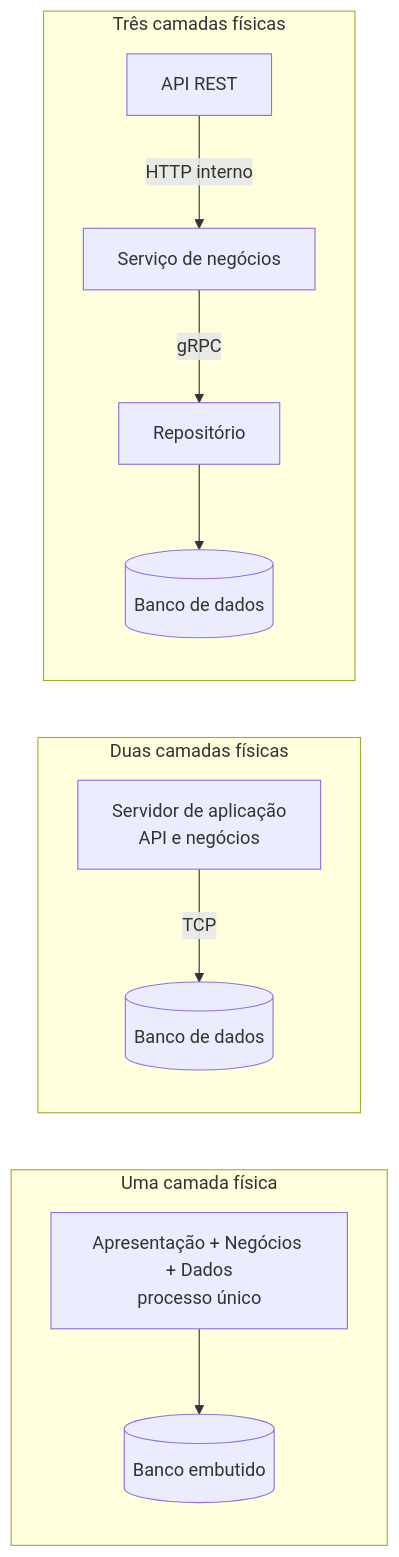
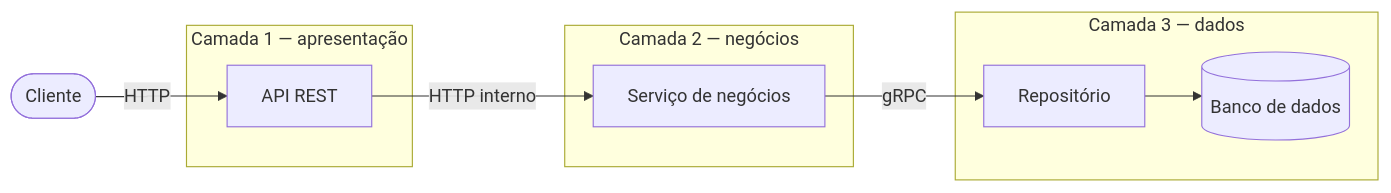
One commit to marco-mendes/arquitetura-software changed the ninth of 16 diagrams in docs/modulo-1-visao-geral/padroes-e-decisoes.md. Above: the diagram before and after it, drawn with Mermaid. The commit also changed other lines of this file and 3 other files, not shown here.

First line of the commit message:
docs: adiciona monólito modular, aplica estilo Manhattan e elimina diagramas lado a lado

````diff
--- a/docs/modulo-1-visao-geral/padroes-e-decisoes.md
+++ b/docs/modulo-1-visao-geral/padroes-e-decisoes.md
@@ -199,18 +242,21 @@
 ```mermaid
+%%{init: {"flowchart": {"curve": "stepAfter"}}}%%
 flowchart LR
-    subgraph t1["Uma camada física"]
-        direction TB
-        A1["Apresentação + Negócios + Dados\nprocesso único"] --> D1[("Banco embutido")]
+    Cl(["Cliente"])
+
+    subgraph c1["Camada 1 — apresentação"]
+        API["API REST"]
     end
 
-    subgraph t2["Duas camadas físicas"]
-        direction TB
-        A2["Servidor de aplicação\nAPI e negócios"] -->|"TCP"| D2[("Banco de dados")]
+    subgraph c2["Camada 2 — negócios"]
+        SVC["Serviço de negócios"]
     end
 
-    subgraph t3["Três camadas físicas"]
-        direction TB
-        A3["API REST"] -->|"HTTP interno"| S3["Serviço de negócios"]
-        S3 -->|"gRPC"| R3["Repositório"] --> D3[("Banco de dados")]
+    subgraph c3["Camada 3 — dados"]
+        REPO["Repositório"] --> DB[("Banco de dados")]
     end
+
+    Cl -->|"HTTP"| API
+    API -->|"HTTP interno"| SVC
+    SVC -->|"gRPC"| REPO
 ```
````
